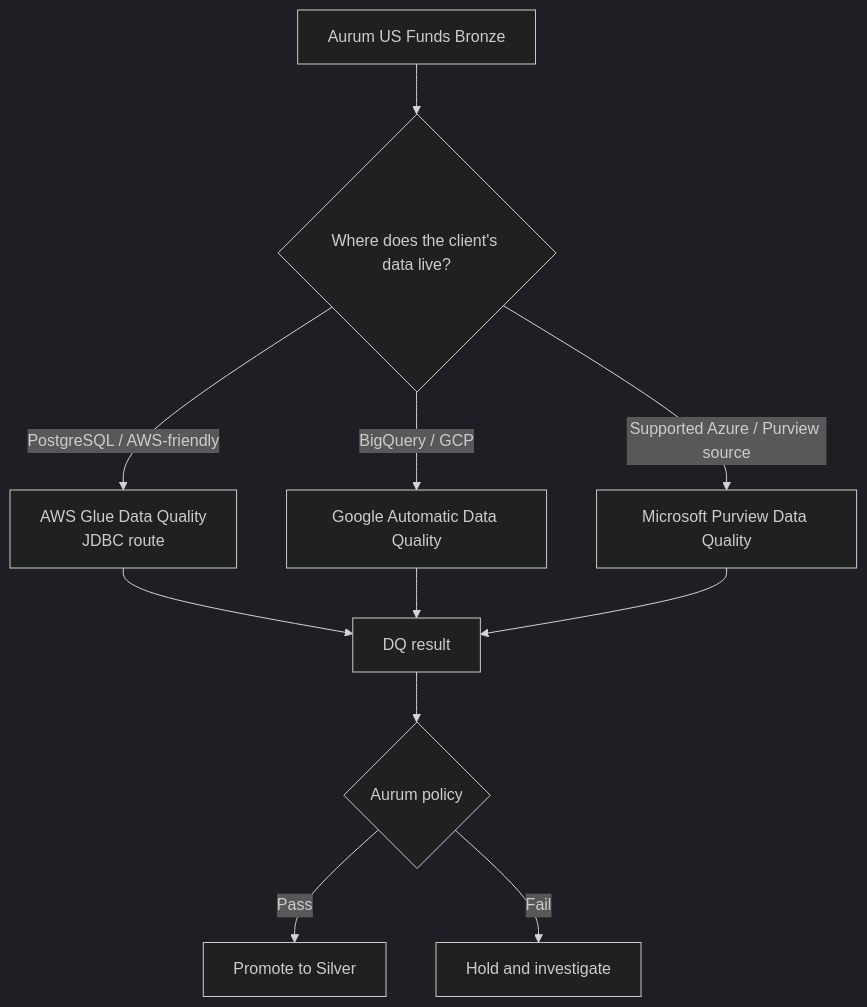
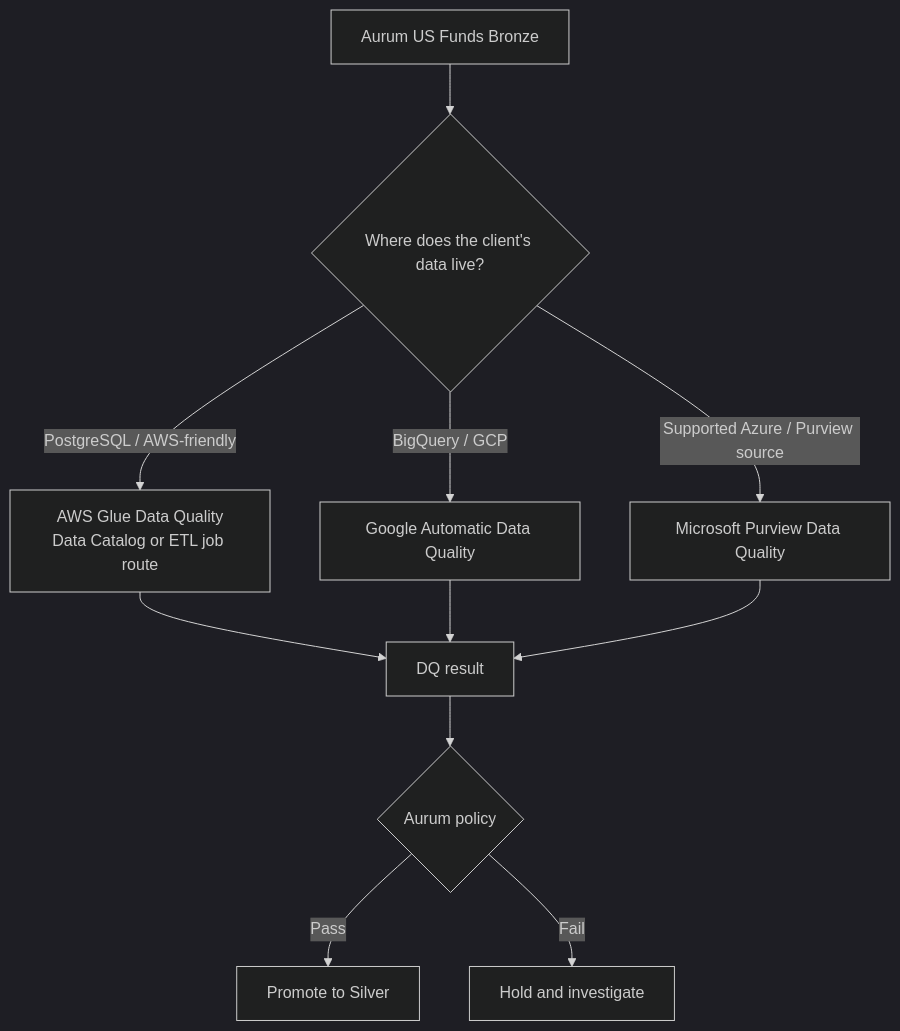
The third of 4 diagrams in docs/diagrams.md (Prakharm927/aurum-data-quality-research), drawn with Mermaid (dark theme) before and after one commit. The commit also changed other lines of this file, not shown here.

Commit message:
Align Glue diagrams with Data Catalog and ETL routes

````diff
--- a/docs/diagrams.md
+++ b/docs/diagrams.md
@@ -46,15 +46,15 @@
 ```mermaid
 flowchart TD
   aurum["Aurum US Funds Bronze"] --> choice{"Where does the client's data live?"}
-  choice -->|"PostgreSQL / AWS-friendly"| aws["AWS Glue Data Quality<br/>JDBC route"]
+  choice -->|"PostgreSQL / AWS-friendly"| aws["AWS Glue Data Quality<br/>Data Catalog or ETL job route"]
   choice -->|"BigQuery / GCP"| google["Google Automatic Data Quality"]
   choice -->|"Supported Azure / Purview source"| ms["Microsoft Purview Data Quality"]
 
   aws --> result["DQ result"]
   google --> result
   ms --> result
 
   result --> policy{"Aurum policy"}
   policy -->|"Pass"| silver["Promote to Silver"]
   policy -->|"Fail"| hold["Hold and investigate"]
 ```
````
